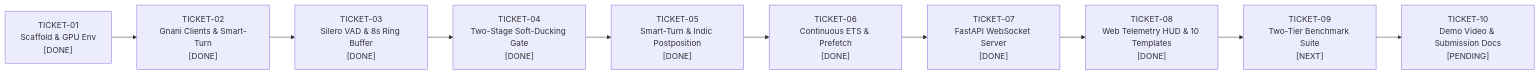
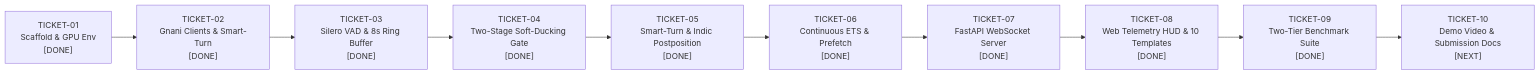
Before and after one commit to iSHAANphaye/Gnani-Vartalaap: the diagram in docs/5_FEATURE_TICKETS.md, drawn with Mermaid. The commit also changed other lines of this file and 37 other files, not shown here.

Commit message:
added two-tier automated benchmark suite and indic stress test samples

````diff
--- a/docs/5_FEATURE_TICKETS.md
+++ b/docs/5_FEATURE_TICKETS.md
@@ -26,12 +26,12 @@
 ```mermaid
 flowchart LR
     T01["TICKET-01\nScaffold & GPU Env\n[DONE]"] --> T02["TICKET-02\nGnani Clients & Smart-Turn\n[DONE]"]
     T02 --> T03["TICKET-03\nSilero VAD & 8s Ring Buffer\n[DONE]"]
     T03 --> T04["TICKET-04\nTwo-Stage Soft-Ducking Gate\n[DONE]"]
     T04 --> T05["TICKET-05\nSmart-Turn & Indic Postposition\n[DONE]"]
     T05 --> T06["TICKET-06\nContinuous ETS & Prefetch\n[DONE]"]
     T06 --> T07["TICKET-07\nFastAPI WebSocket Server\n[DONE]"]
     T07 --> T08["TICKET-08\nWeb Telemetry HUD & 10 Templates\n[DONE]"]
-    T08 --> T09["TICKET-09\nTwo-Tier Benchmark Suite\n[NEXT]"]
-    T09 --> T10["TICKET-10\nDemo Video & Submission Docs\n[PENDING]"]
+    T08 --> T09["TICKET-09\nTwo-Tier Benchmark Suite\n[DONE]"]
+    T09 --> T10["TICKET-10\nDemo Video & Submission Docs\n[NEXT]"]
 ```
````
